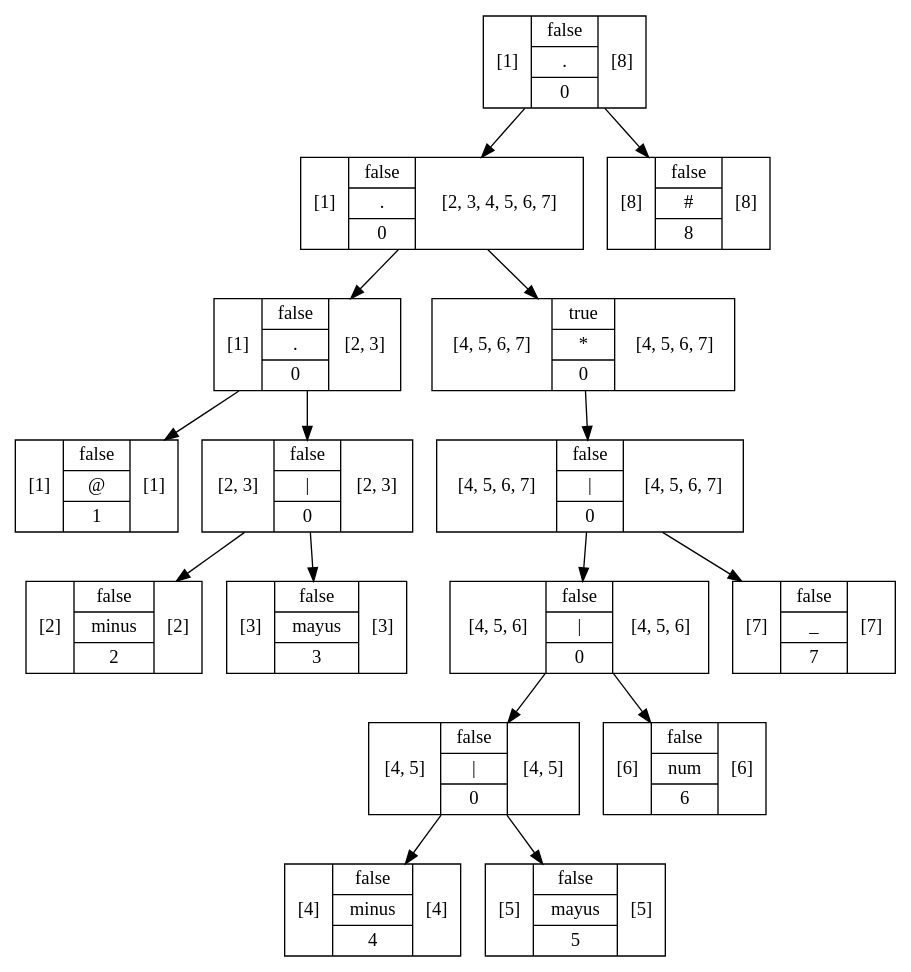
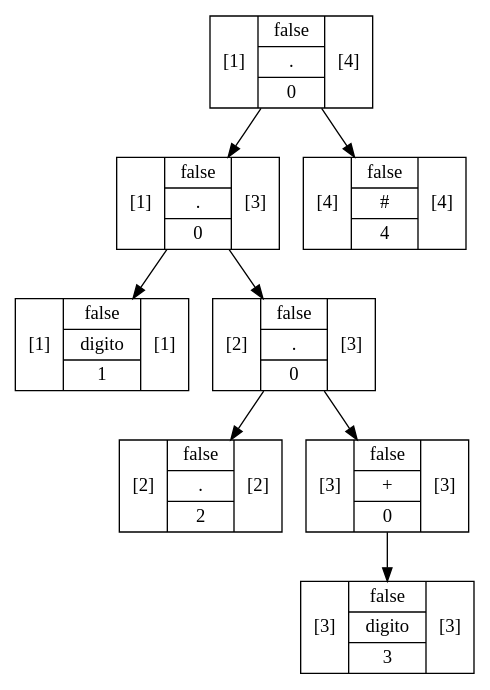
One commit to RojasCJP/Proyecto1_Compi1 changed the diagram in out/production/Proyecto1/Graphviz/Arbol7.dot. Above: the diagram before and after it, drawn with Graphviz. The commit also changed 276 other files, not shown here.

```diff
--- a/out/production/Proyecto1/Graphviz/Arbol7.dot
+++ b/out/production/Proyecto1/Graphviz/Arbol7.dot
@@ -1,33 +1,17 @@
 digraph structs {
-    node [shape=record];ArbolNodoMetodo7084255d[label="[1]|{false|{@}|1}|[1]"];
-ArbolNodoMetodo4ffd6238[label="[2]|{false|{minus}|2}|[2]"];
-ArbolNodoMetodo233b84e3[label="[3]|{false|{mayus}|3}|[3]"];
-ArbolNodoMetodo2914119[label="[2, 3]|{false|{\|}|0}|[2, 3]"];
-ArbolNodoMetodo2914119 -> ArbolNodoMetodo4ffd6238;
-ArbolNodoMetodo2914119 -> ArbolNodoMetodo233b84e3;
-ArbolNodoMetodo53ee22db[label="[1]|{false|{.}|0}|[2, 3]"];
-ArbolNodoMetodo53ee22db -> ArbolNodoMetodo7084255d;
-ArbolNodoMetodo53ee22db -> ArbolNodoMetodo2914119;
-ArbolNodoMetodo77a6763c[label="[4]|{false|{minus}|4}|[4]"];
-ArbolNodoMetodo845f8b7[label="[5]|{false|{mayus}|5}|[5]"];
-ArbolNodoMetodo54f92f[label="[4, 5]|{false|{\|}|0}|[4, 5]"];
-ArbolNodoMetodo54f92f -> ArbolNodoMetodo77a6763c;
-ArbolNodoMetodo54f92f -> ArbolNodoMetodo845f8b7;
-ArbolNodoMetodo220efb04[label="[6]|{false|{num}|6}|[6]"];
-ArbolNodoMetodo665d6eef[label="[4, 5, 6]|{false|{\|}|0}|[4, 5, 6]"];
-ArbolNodoMetodo665d6eef -> ArbolNodoMetodo54f92f;
-ArbolNodoMetodo665d6eef -> ArbolNodoMetodo220efb04;
-ArbolNodoMetodo417ab2d3[label="[7]|{false|{_}|7}|[7]"];
-ArbolNodoMetodo6640a652[label="[4, 5, 6, 7]|{false|{\|}|0}|[4, 5, 6, 7]"];
-ArbolNodoMetodo6640a652 -> ArbolNodoMetodo665d6eef;
-ArbolNodoMetodo6640a652 -> ArbolNodoMetodo417ab2d3;
-ArbolNodoMetodo3343b745[label="[4, 5, 6, 7]|{true|{*}|0}|[4, 5, 6, 7]"];
-ArbolNodoMetodo3343b745 -> ArbolNodoMetodo6640a652;
-ArbolNodoMetodo3e648dd4[label="[1]|{false|{.}|0}|[2, 3, 4, 5, 6, 7]"];
-ArbolNodoMetodo3e648dd4 -> ArbolNodoMetodo53ee22db;
-ArbolNodoMetodo3e648dd4 -> ArbolNodoMetodo3343b745;
-ArbolNodoMetodo2a1c4ce1[label="[8]|{false|{#}|8}|[8]"];
-ArbolNodoMetodo498d1dc6[label="[1]|{false|{.}|0}|[8]"];
-ArbolNodoMetodo498d1dc6 -> ArbolNodoMetodo3e648dd4;
-ArbolNodoMetodo498d1dc6 -> ArbolNodoMetodo2a1c4ce1;
+    node [shape=record];ArbolNodoMetodo79bdc168[label="[1]|{false|{digito}|1}|[1]"];
+ArbolNodoMetodo6ad71564[label="[2]|{false|{.}|2}|[2]"];
+ArbolNodoMetodo4b9cb8d3[label="[3]|{false|{digito}|3}|[3]"];
+ArbolNodoMetodo28d2b72c[label="[3]|{false|{+}|0}|[3]"];
+ArbolNodoMetodo28d2b72c -> ArbolNodoMetodo4b9cb8d3;
+ArbolNodoMetodo3ff385df[label="[2]|{false|{.}|0}|[3]"];
+ArbolNodoMetodo3ff385df -> ArbolNodoMetodo6ad71564;
+ArbolNodoMetodo3ff385df -> ArbolNodoMetodo28d2b72c;
+ArbolNodoMetodo6d5ddb70[label="[1]|{false|{.}|0}|[3]"];
+ArbolNodoMetodo6d5ddb70 -> ArbolNodoMetodo79bdc168;
+ArbolNodoMetodo6d5ddb70 -> ArbolNodoMetodo3ff385df;
+ArbolNodoMetodo43a9ac28[label="[4]|{false|{#}|4}|[4]"];
+ArbolNodoMetodo7e7f08a6[label="[1]|{false|{.}|0}|[4]"];
+ArbolNodoMetodo7e7f08a6 -> ArbolNodoMetodo6d5ddb70;
+ArbolNodoMetodo7e7f08a6 -> ArbolNodoMetodo43a9ac28;
 }
```
